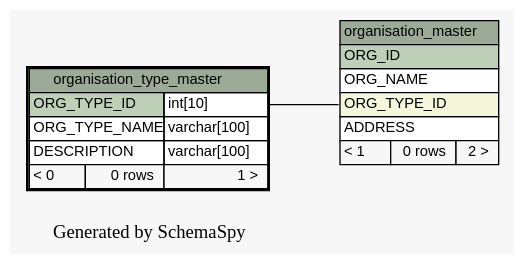
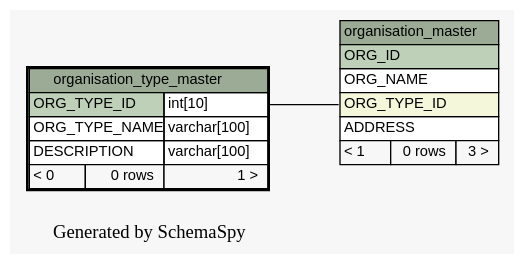
Before and after one commit to engineerscraft/hrms: the diagram in docs/database/schemaspy/graphs/organisation_type_master.1degree.dot, drawn with Graphviz. The commit also changed 168 other files, not shown here.

Commit message:
Database script modified and schemaspy doc generated

```diff
--- a/docs/database/schemaspy/graphs/organisation_type_master.1degree.dot
+++ b/docs/database/schemaspy/graphs/organisation_type_master.1degree.dot
@@ -1,43 +1,43 @@
 // dot 2.38.0 on Windows 7 6.1
 digraph "oneDegreeRelationshipsGraph" {
   graph [
     rankdir="RL"
     bgcolor="#f7f7f7"
     label="\nGenerated by SchemaSpy"
     labeljust="l"
   ];
   node [
     fontname="Helvetica"
     fontsize="11"
     shape="plaintext"
   ];
   edge [
     arrowsize="0.8"
   ];
   "organisation_master":"ORG_TYPE_ID":w -> "organisation_type_master":"ORG_TYPE_ID.type":e [arrowtail=crowodot arrowhead=none];
   "organisation_master" [
     label=<
     <TABLE BORDER="0" CELLBORDER="1" CELLSPACING="0" BGCOLOR="#ffffff">
       <TR><TD PORT="organisation_master.heading" COLSPAN="3" BGCOLOR="#9bab96" ALIGN="CENTER">organisation_master</TD></TR>
       <TR><TD PORT="ORG_ID" COLSPAN="3" BGCOLOR="#bed1b8" ALIGN="LEFT">ORG_ID</TD></TR>
       <TR><TD PORT="ORG_NAME" COLSPAN="3" ALIGN="LEFT">ORG_NAME</TD></TR>
       <TR><TD PORT="ORG_TYPE_ID" COLSPAN="3" BGCOLOR="#f4f7da" ALIGN="LEFT">ORG_TYPE_ID</TD></TR>
       <TR><TD PORT="ADDRESS" COLSPAN="3" ALIGN="LEFT">ADDRESS</TD></TR>
-      <TR><TD ALIGN="LEFT" BGCOLOR="#f7f7f7">&lt; 1</TD><TD ALIGN="RIGHT" BGCOLOR="#f7f7f7">0 rows</TD><TD ALIGN="RIGHT" BGCOLOR="#f7f7f7">2 &gt;</TD></TR>
+      <TR><TD ALIGN="LEFT" BGCOLOR="#f7f7f7">&lt; 1</TD><TD ALIGN="RIGHT" BGCOLOR="#f7f7f7">0 rows</TD><TD ALIGN="RIGHT" BGCOLOR="#f7f7f7">3 &gt;</TD></TR>
     </TABLE>>
     URL="organisation_master.html#graph"
     tooltip="organisation_master"
   ];
   "organisation_type_master" [
     label=<
     <TABLE BORDER="2" CELLBORDER="1" CELLSPACING="0" BGCOLOR="#ffffff">
       <TR><TD PORT="organisation_type_master.heading" COLSPAN="3" BGCOLOR="#9bab96" ALIGN="CENTER">organisation_type_master</TD></TR>
       <TR><TD PORT="ORG_TYPE_ID" COLSPAN="2" BGCOLOR="#bed1b8" ALIGN="LEFT">ORG_TYPE_ID</TD><TD PORT="ORG_TYPE_ID.type" ALIGN="LEFT">int[10]</TD></TR>
       <TR><TD PORT="ORG_TYPE_NAME" COLSPAN="2" ALIGN="LEFT">ORG_TYPE_NAME</TD><TD PORT="ORG_TYPE_NAME.type" ALIGN="LEFT">varchar[100]</TD></TR>
       <TR><TD PORT="DESCRIPTION" COLSPAN="2" ALIGN="LEFT">DESCRIPTION</TD><TD PORT="DESCRIPTION.type" ALIGN="LEFT">varchar[100]</TD></TR>
       <TR><TD ALIGN="LEFT" BGCOLOR="#f7f7f7">&lt; 0</TD><TD ALIGN="RIGHT" BGCOLOR="#f7f7f7">0 rows</TD><TD ALIGN="RIGHT" BGCOLOR="#f7f7f7">1 &gt;</TD></TR>
     </TABLE>>
     URL="organisation_type_master.html#"
     tooltip="organisation_type_master"
   ];
 }
```
